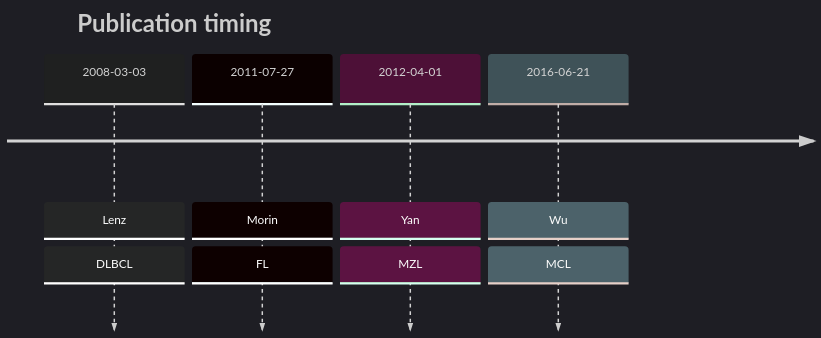
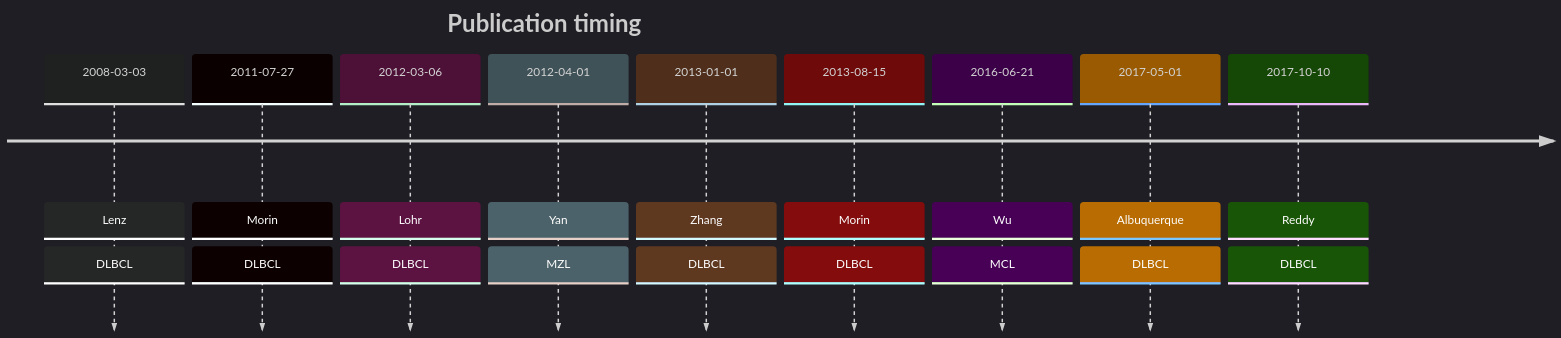
The diagram in CARD11.md (morinlab/lymphopedia), drawn with Mermaid before and after one commit.

````diff
--- a/CARD11.md
+++ b/CARD11.md
@@ -17,9 +17,14 @@
 ```mermaid
 %%{init: { 'logLevel': 'debug', 'theme': 'dark' } }%%
 timeline
     title Publication timing
-      2008-03-03 : Lenz : DLBCL
-      2011-07-27 : Morin : FL
-      2012-04-01 : Yan : MZL
-      2016-06-21 : Wu : MCL
+2008-03-03 : Lenz : DLBCL
+2011-07-27 : Morin : DLBCL
+2012-03-06 : Lohr : DLBCL
+2012-04-01 : Yan : MZL
+2013-01-01 : Zhang : DLBCL
+2013-08-15 : Morin : DLBCL
+2016-06-21 : Wu : MCL
+2017-05-01 : Albuquerque : DLBCL
+2017-10-10 : Reddy : DLBCL
 ```
````
